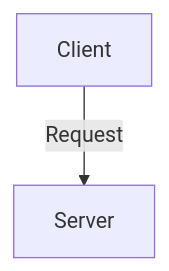
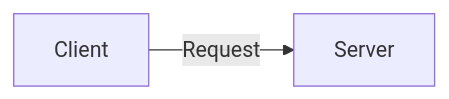
The diagram in README.md (Rubinskiy/Mobile-app-auth-server), drawn with Mermaid before and after one commit.

````diff
--- a/README.md
+++ b/README.md
@@ -7,4 +7,4 @@
 ```mermaid
-graph TD
+graph LR
     A[Client] -->|Request| B[Server]
 ```
````
